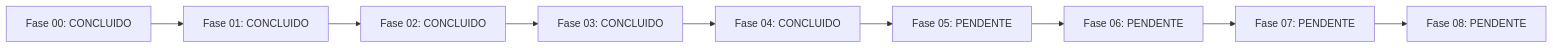
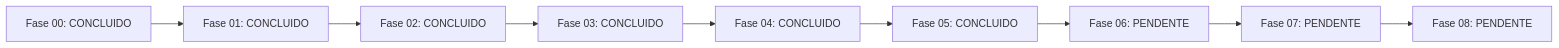
The diagram in JORNADA_IMPLEMENTACAO.md (jhsfhtls/semantic-bi-nl2sql-gateway), drawn with Mermaid before and after one commit. The commit also changed other lines of this file and 6 other files, not shown here.

````diff
--- a/JORNADA_IMPLEMENTACAO.md
+++ b/JORNADA_IMPLEMENTACAO.md
@@ -19,20 +19,20 @@
 ```mermaid
 flowchart LR
     F00["Fase 00: CONCLUIDO"]
     F01["Fase 01: CONCLUIDO"]
     F00 --> F01
     F02["Fase 02: CONCLUIDO"]
     F01 --> F02
     F03["Fase 03: CONCLUIDO"]
     F02 --> F03
     F04["Fase 04: CONCLUIDO"]
     F03 --> F04
-    F05["Fase 05: PENDENTE"]
+    F05["Fase 05: CONCLUIDO"]
     F04 --> F05
     F06["Fase 06: PENDENTE"]
     F05 --> F06
     F07["Fase 07: PENDENTE"]
     F06 --> F07
     F08["Fase 08: PENDENTE"]
     F07 --> F08
 ```
````
